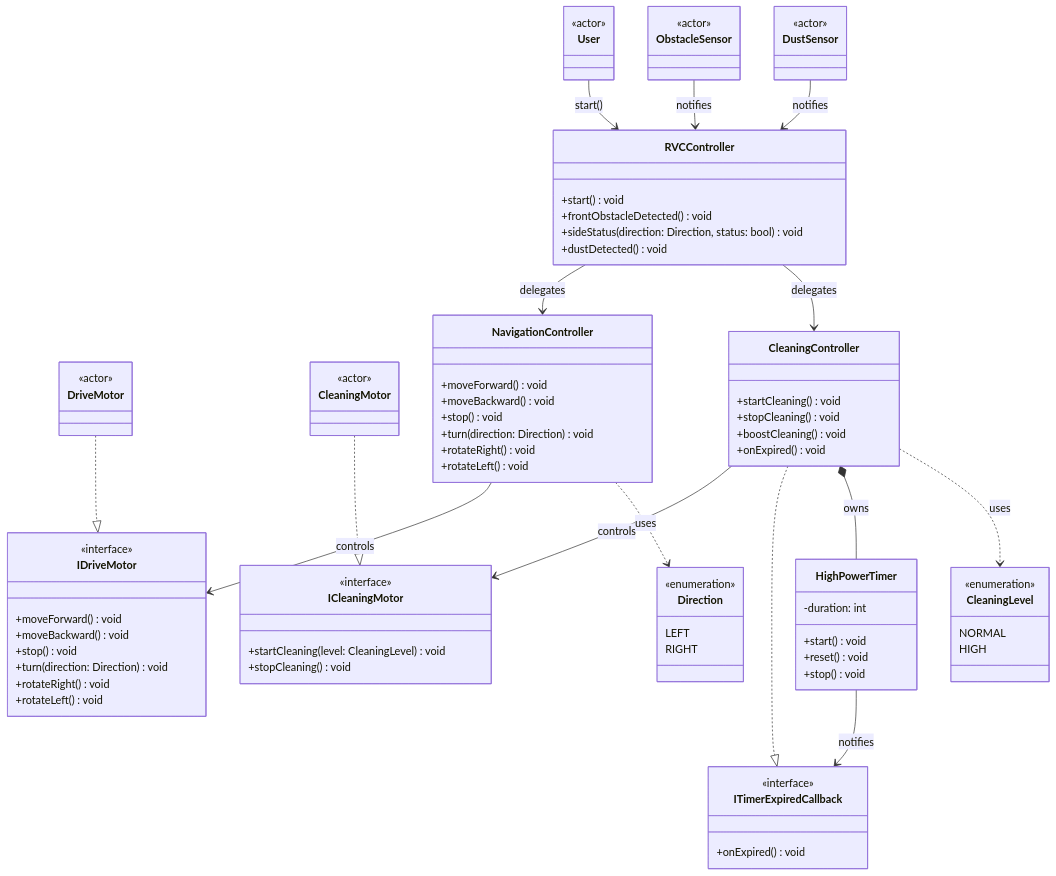
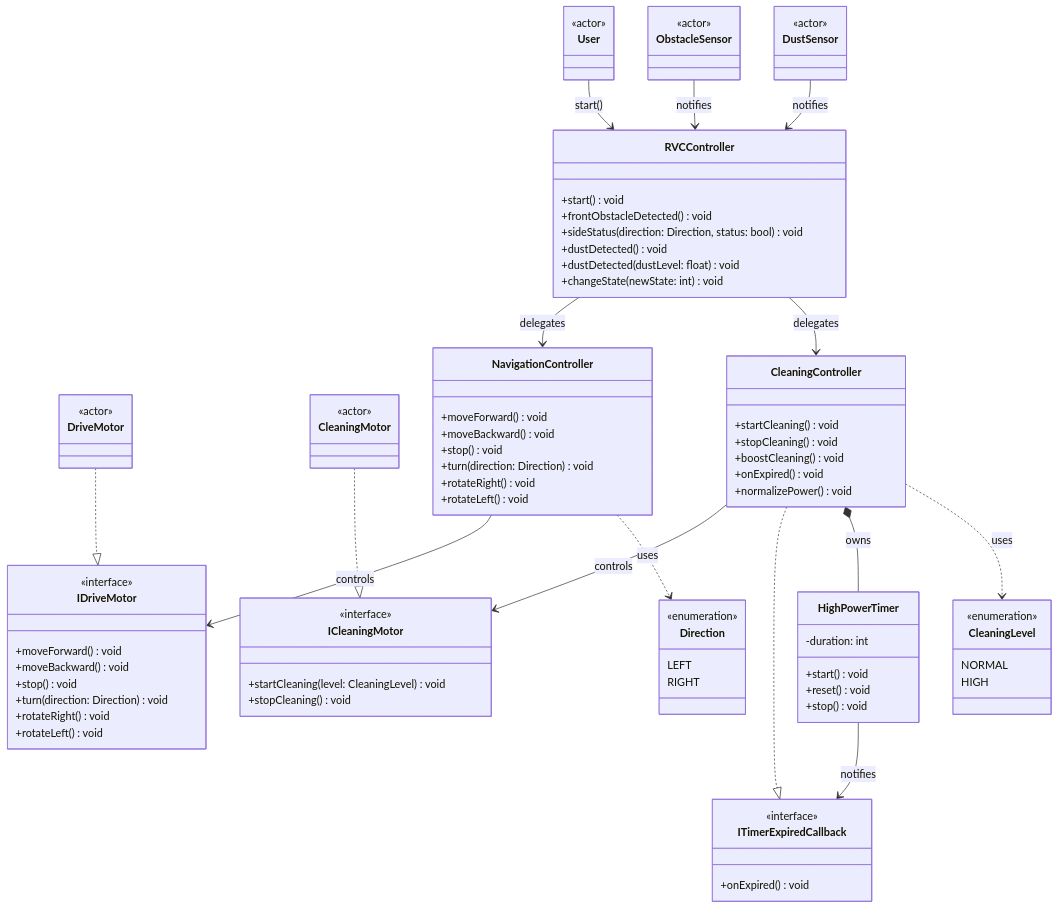
One commit to Jae-ah/RVC-CONTROLLER changed the diagram in arch/design/class/class-diagram.md. Above: the diagram before and after it, drawn with Mermaid. The commit also changed other lines of this file and 17 other files, not shown here.

```diff
--- a/arch/design/class/class-diagram.md
+++ b/arch/design/class/class-diagram.md
@@ -50,6 +50,8 @@
         +frontObstacleDetected() void
         +sideStatus(direction: Direction, status: bool) void
         +dustDetected() void
+        +dustDetected(dustLevel: float) void
+        +changeState(newState: int) void
     }
 
     class NavigationController {
@@ -66,6 +68,7 @@
         +stopCleaning() void
         +boostCleaning() void
         +onExpired() void
+        +normalizePower() void
     }
 
     class HighPowerTimer {
```
